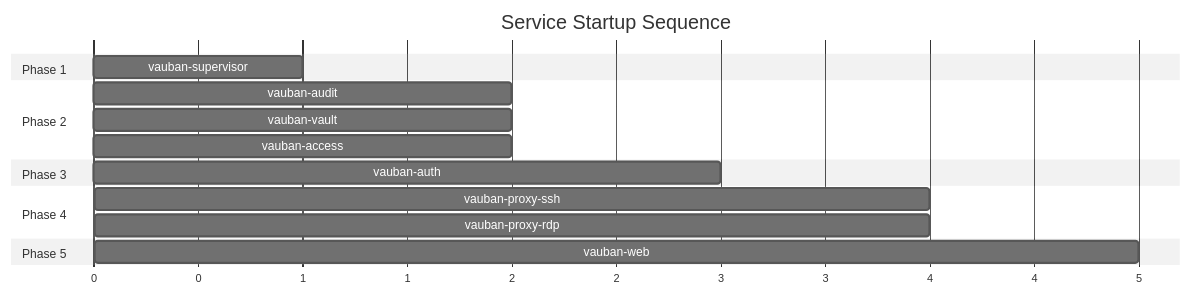
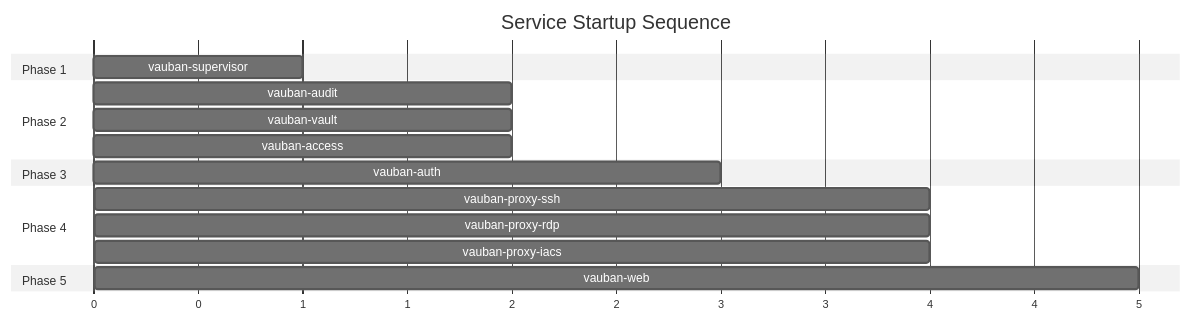
Before and after one commit to rbenaley/Vauban: diagram 11 of 15 in docs/technical/Vauban_Privsep_Architecture_EN(1.2).md, drawn with Mermaid (neutral theme). The commit also changed other lines of this file and 5 other files, not shown here.

First line of the commit message:
fix(proxy-iacs): grant CAP_READ/WRITE/GETPEERNAME on IACS listener

````diff
--- a/docs/technical/Vauban_Privsep_Architecture_EN(1.2).md
+++ b/docs/technical/Vauban_Privsep_Architecture_EN(1.2).md
@@ -1186,24 +1220,25 @@
 ```mermaid
 gantt
     title Service Startup Sequence
     dateFormat X
     axisFormat %s
 
     section Phase 1
     vauban-supervisor     :0, 1
     
     section Phase 2
     vauban-audit          :1, 2
     vauban-vault          :1, 2
     vauban-access           :1, 2
     
     section Phase 3
     vauban-auth           :2, 3
     
     section Phase 4
     vauban-proxy-ssh      :3, 4
     vauban-proxy-rdp      :3, 4
+    vauban-proxy-iacs     :3, 4
     
     section Phase 5
     vauban-web            :4, 5
 ```
````
